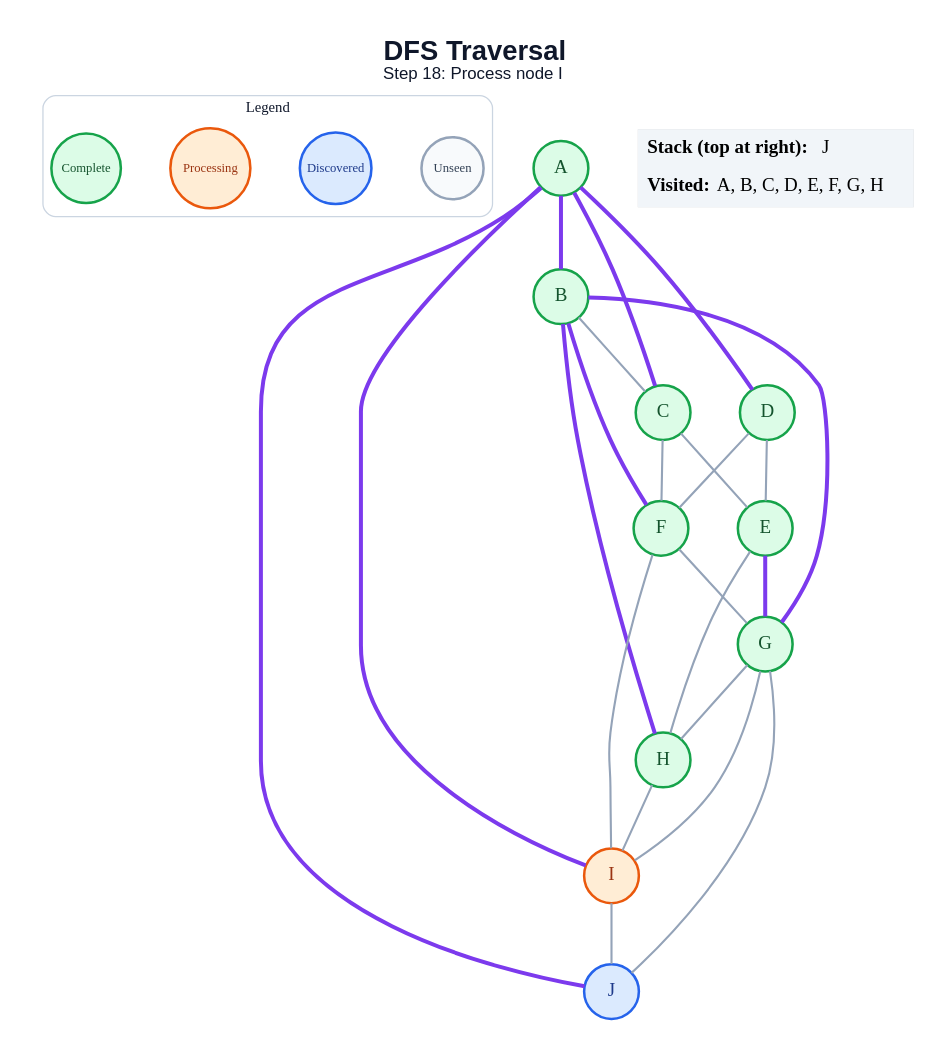
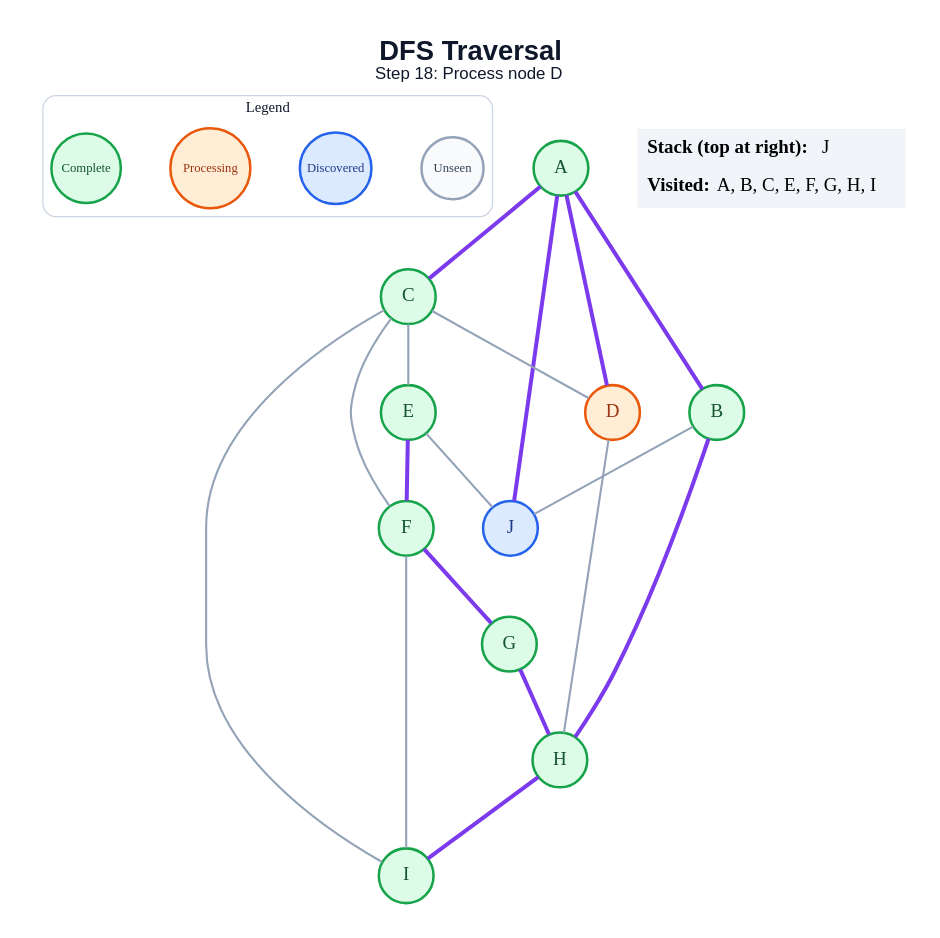
The diagram in generated/dfs/step_18.dot (amanghodawala9/ai-slop), drawn with Graphviz before and after one commit. The commit also changed 178 other files, not shown here.

```diff
--- a/generated/dfs/step_18.dot
+++ b/generated/dfs/step_18.dot
@@ -1,51 +1,46 @@
 graph traversal {
   graph [layout=dot, rankdir=TB, bgcolor="#FFFFFF", pad="0.35", nodesep="0.65", ranksep="0.8", fontname="Arial"];
   node [shape=circle, style="filled", fontname="Arial Bold", fontsize=18, width=0.72, fixedsize=true, penwidth=2.4];
   edge [color="#94A3B8", penwidth=2.0];
-  label=<<B>DFS Traversal</B><BR/><FONT POINT-SIZE="16">Step 18: Process node I</FONT>>; labelloc="t"; fontsize=26; fontname="Arial"; fontcolor="#0F172A";
+  label=<<B>DFS Traversal</B><BR/><FONT POINT-SIZE="16">Step 18: Process node D</FONT>>; labelloc="t"; fontsize=26; fontname="Arial"; fontcolor="#0F172A";
   subgraph cluster_legend { label="Legend"; color="#CBD5E1"; penwidth=1.2; style="rounded"; fontsize=14; fontname="Arial Bold";
     key_unseen [label="Unseen", fillcolor="#F8FAFC", color="#94A3B8", fontcolor="#334155", fontsize=12, width=0.82];
     key_frontier [label="Discovered", fillcolor="#DBEAFE", color="#2563EB", fontcolor="#1E3A8A", fontsize=12, width=0.95];
     key_current [label="Processing", fillcolor="#FFEDD5", color="#EA580C", fontcolor="#9A3412", fontsize=12, width=1.05];
     key_done [label="Complete", fillcolor="#DCFCE7", color="#16A34A", fontcolor="#14532D", fontsize=12, width=0.92];
     { rank=same; key_unseen; key_frontier; key_current; key_done; }
   }
   A [fillcolor="#DCFCE7", color="#16A34A", fontcolor="#14532D"];
   B [fillcolor="#DCFCE7", color="#16A34A", fontcolor="#14532D"];
   C [fillcolor="#DCFCE7", color="#16A34A", fontcolor="#14532D"];
-  D [fillcolor="#DCFCE7", color="#16A34A", fontcolor="#14532D"];
+  D [fillcolor="#FFEDD5", color="#EA580C", fontcolor="#9A3412"];
   E [fillcolor="#DCFCE7", color="#16A34A", fontcolor="#14532D"];
   F [fillcolor="#DCFCE7", color="#16A34A", fontcolor="#14532D"];
   G [fillcolor="#DCFCE7", color="#16A34A", fontcolor="#14532D"];
   H [fillcolor="#DCFCE7", color="#16A34A", fontcolor="#14532D"];
-  I [fillcolor="#FFEDD5", color="#EA580C", fontcolor="#9A3412"];
+  I [fillcolor="#DCFCE7", color="#16A34A", fontcolor="#14532D"];
   J [fillcolor="#DBEAFE", color="#2563EB", fontcolor="#1E3A8A"];
   A -- B [color="#7C3AED", penwidth=3.8];
   A -- C [color="#7C3AED", penwidth=3.8];
   A -- D [color="#7C3AED", penwidth=3.8];
-  A -- I [color="#7C3AED", penwidth=3.8];
   A -- J [color="#7C3AED", penwidth=3.8];
-  B -- C;
-  B -- F [color="#7C3AED", penwidth=3.8];
-  B -- G [color="#7C3AED", penwidth=3.8];
   B -- H [color="#7C3AED", penwidth=3.8];
+  B -- J;
+  C -- D;
   C -- E;
   C -- F;
-  D -- E;
-  D -- F;
-  E -- G [color="#7C3AED", penwidth=3.8];
-  E -- H;
-  F -- G;
+  C -- I;
+  D -- H;
+  E -- F [color="#7C3AED", penwidth=3.8];
+  E -- J;
+  F -- G [color="#7C3AED", penwidth=3.8];
   F -- I;
-  G -- H;
-  G -- I;
-  G -- J;
-  H -- I;
-  I -- J;
+  G -- H [color="#7C3AED", penwidth=3.8];
+  H -- I [color="#7C3AED", penwidth=3.8];
   status [shape=plain, fixedsize=false, width=0, height=0, margin=0, label=<
     <TABLE BORDER="0" CELLBORDER="0" CELLPADDING="7" BGCOLOR="#F1F5F9">
       <TR><TD ALIGN="LEFT"><B>Stack (top at right):</B> J</TD></TR>
-      <TR><TD ALIGN="LEFT"><B>Visited:</B> A, B, C, D, E, F, G, H</TD></TR>
+      <TR><TD ALIGN="LEFT"><B>Visited:</B> A, B, C, E, F, G, H, I</TD></TR>
     </TABLE>
   >];
 }
```
